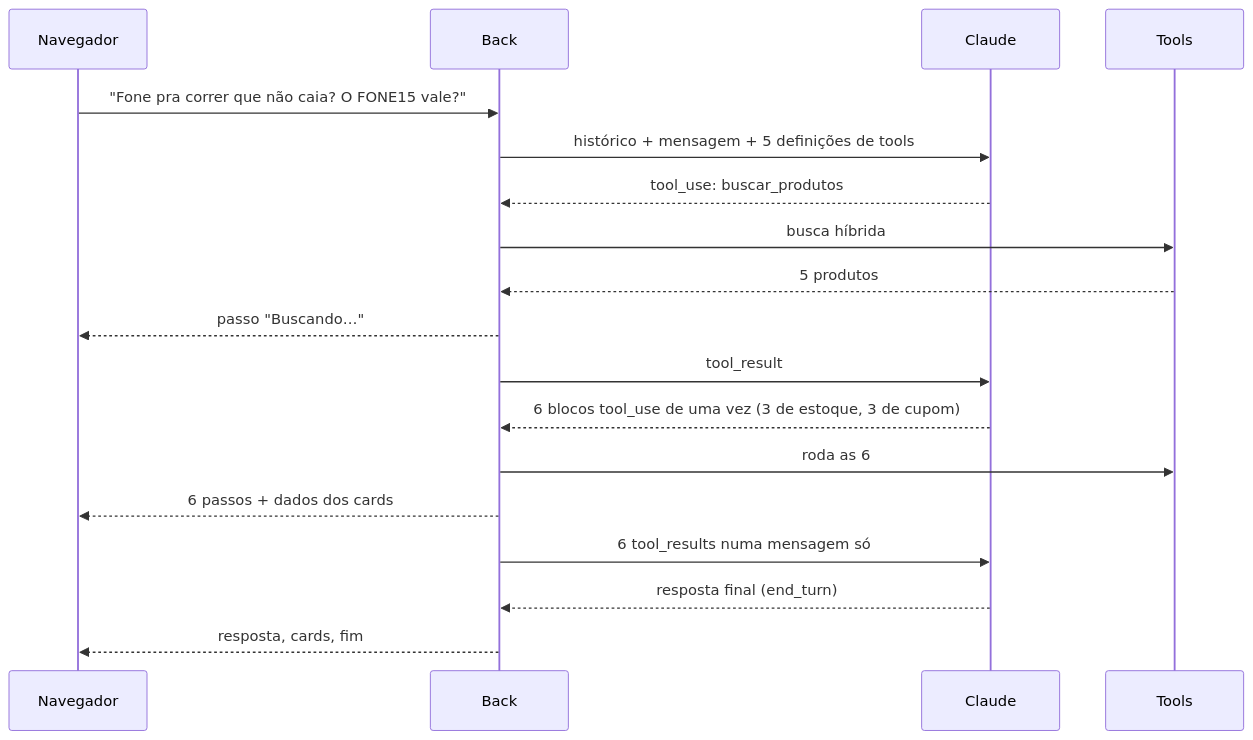
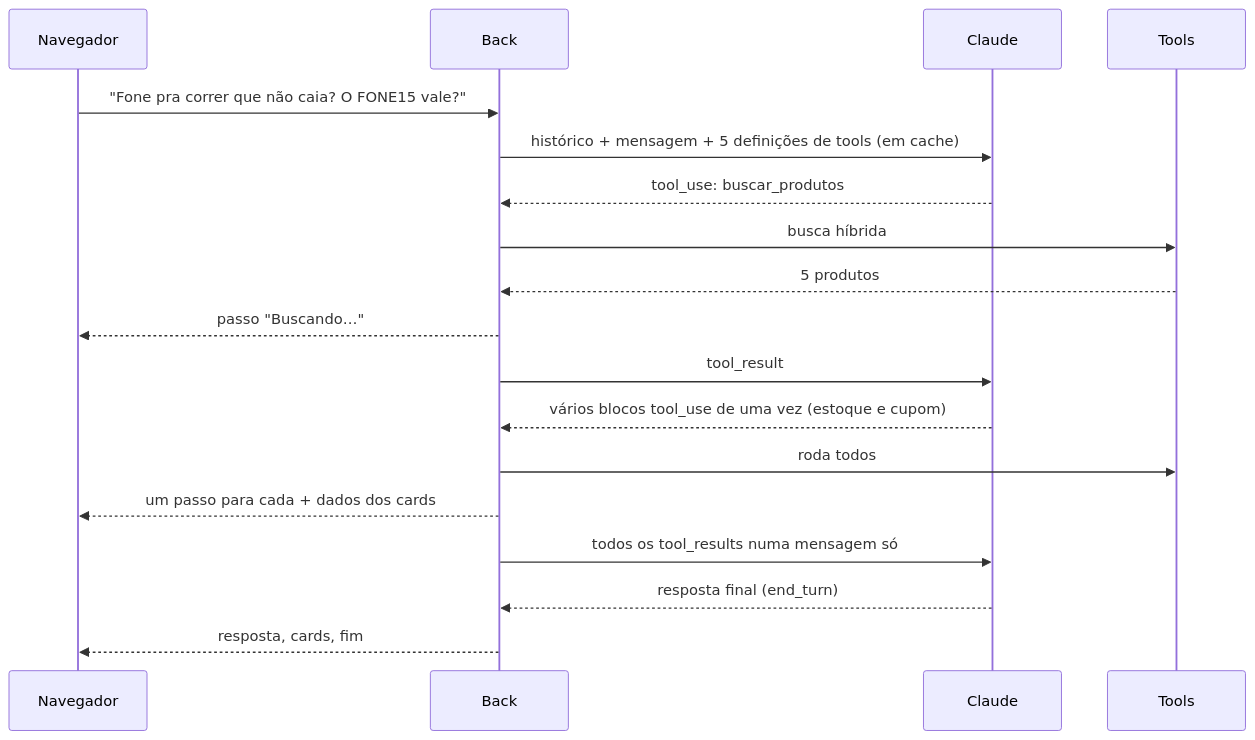
Before and after one commit to petrecaLeo/agentic-rag-sales-assistant: the second of 2 diagrams in README.pt-BR.md, drawn with Mermaid. The commit also changed other lines of this file and 3 other files, not shown here.

````diff
--- a/README.pt-BR.md
+++ b/README.pt-BR.md
@@ -77,20 +84,20 @@
 ```mermaid
 sequenceDiagram
   participant B as Navegador
   participant A as Back
   participant C as Claude
   participant T as Tools
   B->>A: "Fone pra correr que não caia? O FONE15 vale?"
-  A->>C: histórico + mensagem + 5 definições de tools
+  A->>C: histórico + mensagem + 5 definições de tools (em cache)
   C-->>A: tool_use: buscar_produtos
   A->>T: busca híbrida
   T-->>A: 5 produtos
   A-->>B: passo "Buscando…"
   A->>C: tool_result
-  C-->>A: 6 blocos tool_use de uma vez (3 de estoque, 3 de cupom)
-  A->>T: roda as 6
-  A-->>B: 6 passos + dados dos cards
-  A->>C: 6 tool_results numa mensagem só
+  C-->>A: vários blocos tool_use de uma vez (estoque e cupom)
+  A->>T: roda todos
+  A-->>B: um passo para cada + dados dos cards
+  A->>C: todos os tool_results numa mensagem só
   C-->>A: resposta final (end_turn)
   A-->>B: resposta, cards, fim
 ```
````
